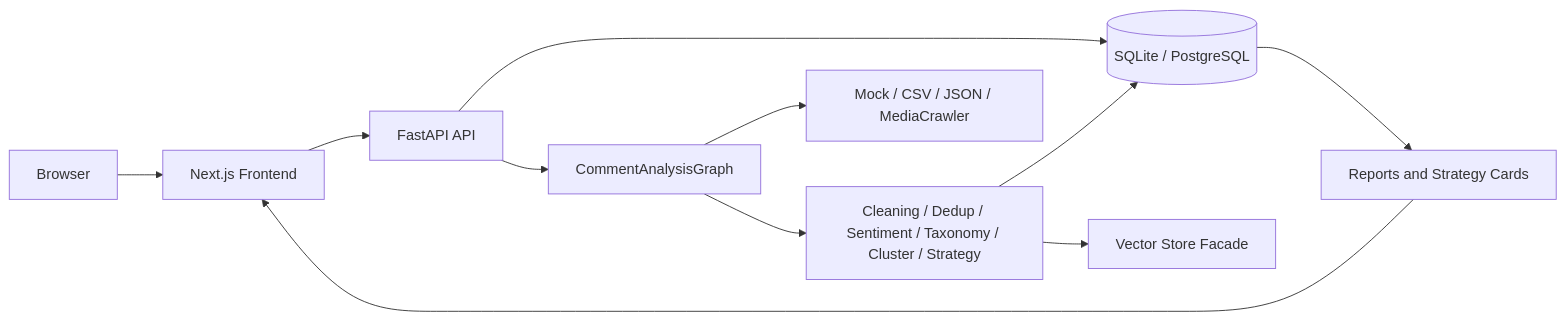
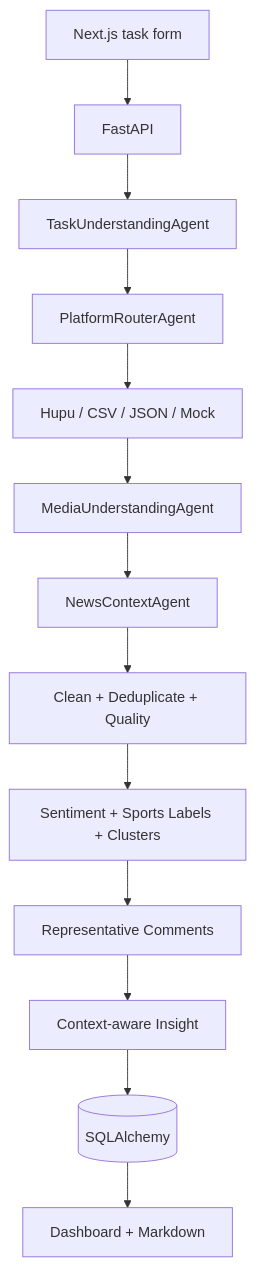
The diagram in docs/architecture.md (onlykillerf/comment-insight-agent), drawn with Mermaid before and after one commit. The commit also changed other lines of this file and 95 other files, not shown here.

Commit message:
focus on real Hupu sports analysis with vision

````diff
--- a/docs/architecture.md
+++ b/docs/architecture.md
@@ -12,13 +15,15 @@
 ```mermaid
-flowchart LR
-  Browser[Browser] --> Frontend[Next.js Frontend]
-  Frontend --> API[FastAPI API]
-  API --> DB[(SQLite / PostgreSQL)]
-  API --> Workflow[CommentAnalysisGraph]
-  Workflow --> Connectors[Mock / CSV / JSON / MediaCrawler]
-  Workflow --> Agents[Cleaning / Dedup / Sentiment / Taxonomy / Cluster / Strategy]
-  Agents --> DB
-  Agents --> Vector[Vector Store Facade]
-  DB --> Reports[Reports and Strategy Cards]
-  Reports --> Frontend
+flowchart TD
+  UI[Next.js task form] --> API[FastAPI]
+  API --> Task[TaskUnderstandingAgent]
+  Task --> Router[PlatformRouterAgent]
+  Router --> Comments[Hupu / CSV / JSON / Mock]
+  Comments --> Media[MediaUnderstandingAgent]
+  Media --> Context[NewsContextAgent]
+  Context --> Clean[Clean + Deduplicate + Quality]
+  Clean --> Analyze[Sentiment + Sports Labels + Clusters]
+  Analyze --> Sample[Representative Comments]
+  Sample --> Insight[Context-aware Insight]
+  Insight --> Store[(SQLAlchemy)]
+  Store --> Report[Dashboard + Markdown]
 ```
````
